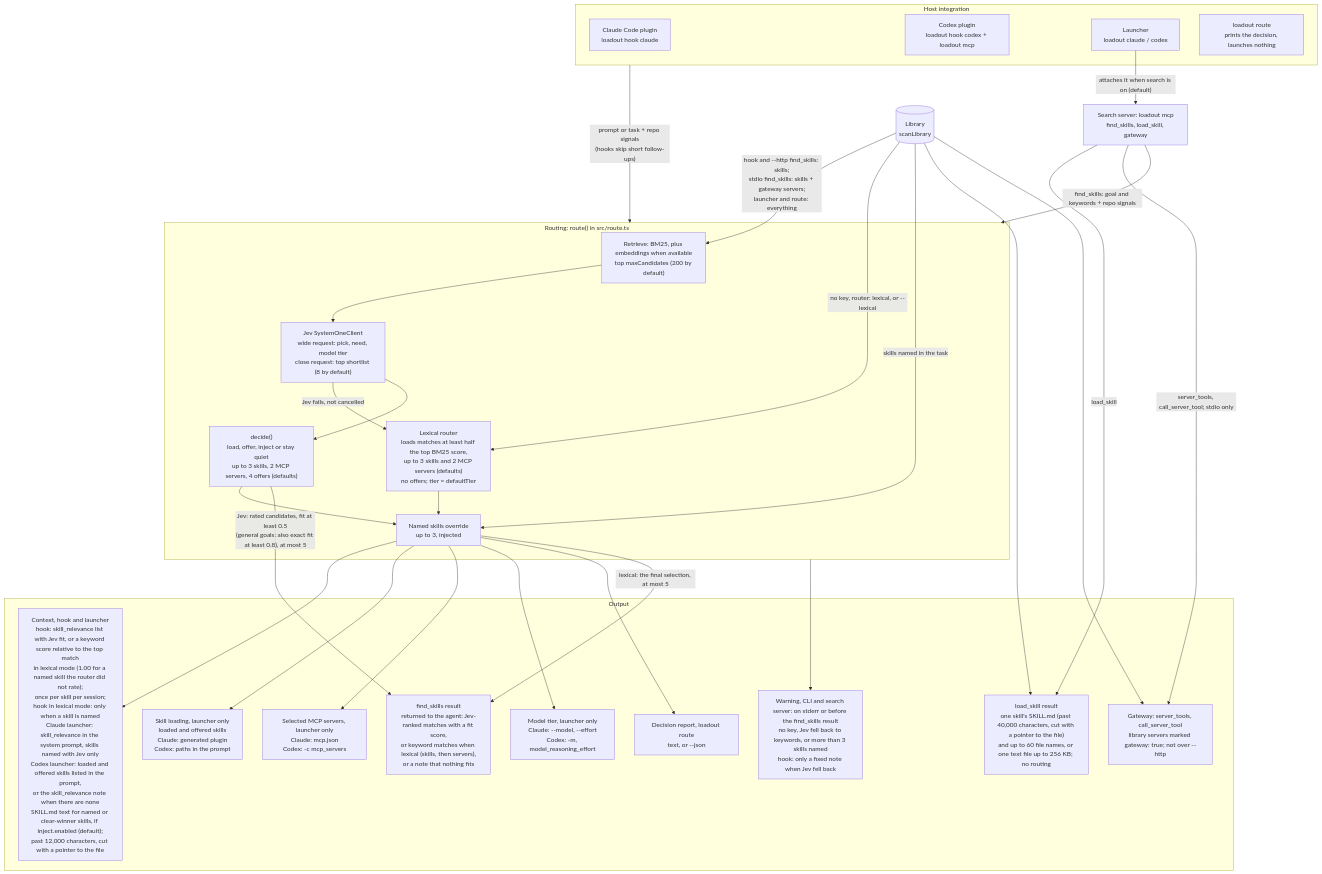
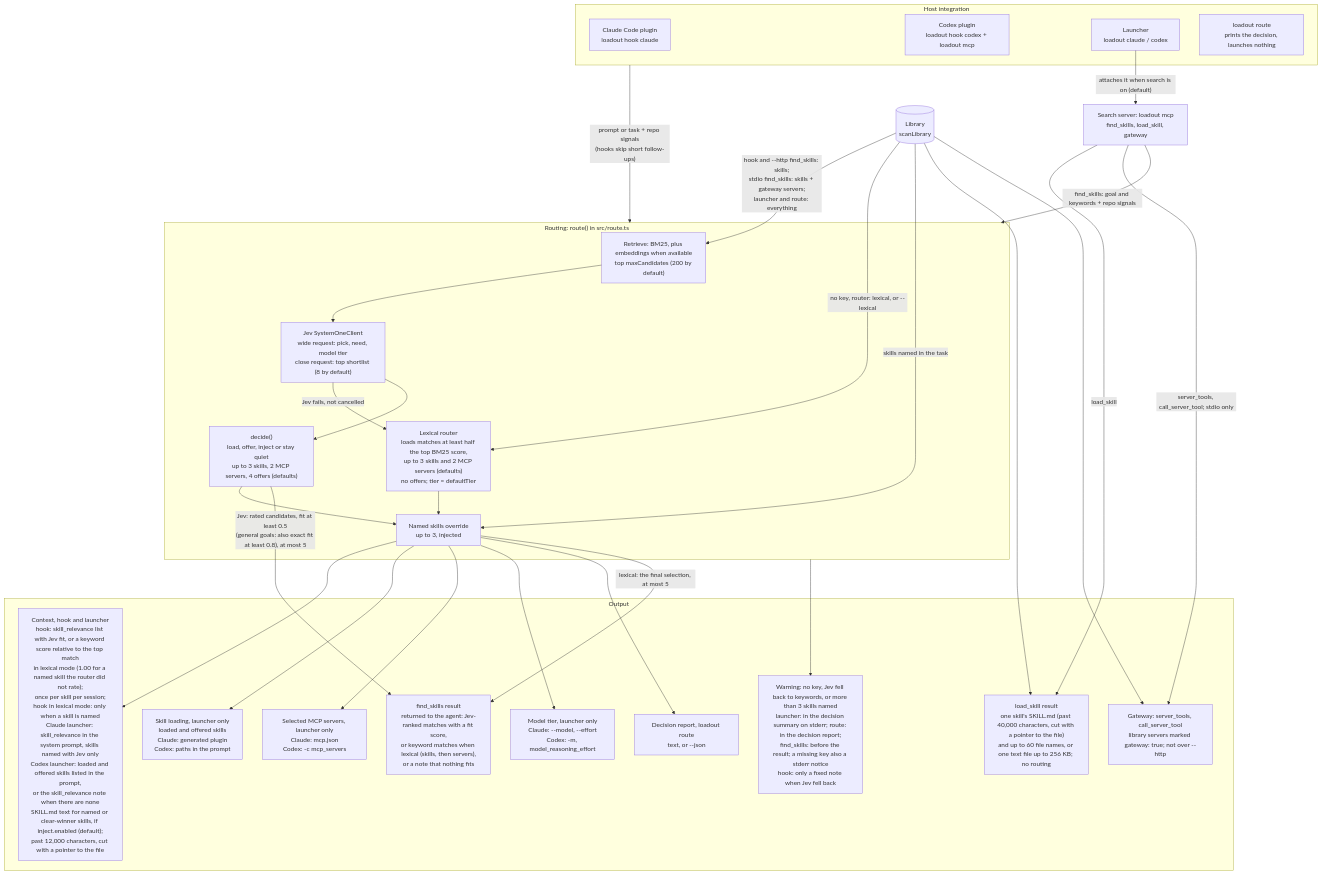
Before and after one commit to erik-hedstrom/loadout: the diagram in DESIGN.md, drawn with Mermaid.

Commit message:
E6: say where each entry point shows routing warnings
Codex round 17: route puts the warning in its decision report on stdout,
the launcher in its stderr summary, find_skills before the result.

Claude-Session: https://claude.ai/code/session_01HuyR49tfEGYja23caRY2JK

````diff
--- a/DESIGN.md
+++ b/DESIGN.md
@@ -29,57 +29,57 @@
 ```mermaid
 flowchart TB
     subgraph host["Host integration"]
         CH["Claude Code plugin<br/>loadout hook claude"]
         XH["Codex plugin<br/>loadout hook codex + loadout mcp"]
         LA["Launcher<br/>loadout claude / codex"]
         RT["loadout route<br/>prints the decision, launches nothing"]
     end
 
     MS["Search server: loadout mcp<br/>find_skills, load_skill, gateway"]
 
     LIB[("Library<br/>scanLibrary")]
 
     subgraph routing["Routing: route() in src/route.ts"]
         RET["Retrieve: BM25, plus embeddings when available<br/>top maxCandidates (200 by default)"]
         JEV["Jev SystemOneClient<br/>wide request: pick, need, model tier<br/>close request: top shortlist (8 by default)"]
         DEC["decide()<br/>load, offer, inject or stay quiet<br/>up to 3 skills, 2 MCP servers, 4 offers (defaults)"]
         LEX["Lexical router<br/>loads matches at least half the top BM25 score,<br/>up to 3 skills and 2 MCP servers (defaults)<br/>no offers; tier = defaultTier"]
         MEN["Named skills override<br/>up to 3, injected"]
         RET --> JEV
         JEV -->|"Jev fails, not cancelled"| LEX
         JEV --> DEC
         DEC --> MEN
         LEX --> MEN
     end
 
     subgraph out["Output"]
         CTX["Context, hook and launcher<br/>hook: skill_relevance list with Jev fit, or a keyword score relative to the top match<br/>in lexical mode (1.00 for a named skill the router did not rate);<br/>once per skill per session;<br/>hook in lexical mode: only when a skill is named<br/>Claude launcher: skill_relevance in the system prompt, skills named with Jev only<br/>Codex launcher: loaded and offered skills listed in the prompt,<br/>or the skill_relevance note when there are none<br/>SKILL.md text for named or clear-winner skills, if inject.enabled (default);<br/>past 12,000 characters, cut with a pointer to the file"]
         SKL["Skill loading, launcher only<br/>loaded and offered skills<br/>Claude: generated plugin<br/>Codex: paths in the prompt"]
         MCPS["Selected MCP servers, launcher only<br/>Claude: mcp.json<br/>Codex: -c mcp_servers"]
         TIER["Model tier, launcher only<br/>Claude: --model, --effort<br/>Codex: -m, model_reasoning_effort"]
         FSR["find_skills result<br/>returned to the agent: Jev-ranked matches with a fit score,<br/>or keyword matches when lexical (skills, then servers),<br/>or a note that nothing fits"]
         LS["load_skill result<br/>one skill's SKILL.md (past 40,000 characters, cut with a pointer to the file)<br/>and up to 60 file names, or one text file up to 256 KB; no routing"]
         GW["Gateway: server_tools, call_server_tool<br/>library servers marked gateway: true; not over --http"]
-        WARN["Warning, CLI and search server: on stderr or before the find_skills result<br/>no key, Jev fell back to keywords, or more than 3 skills named<br/>hook: only a fixed note when Jev fell back"]
+        WARN["Warning: no key, Jev fell back to keywords, or more than 3 skills named<br/>launcher: in the decision summary on stderr; route: in the decision report;<br/>find_skills: before the result; a missing key also a stderr notice<br/>hook: only a fixed note when Jev fell back"]
         DR["Decision report, loadout route<br/>text, or --json"]
     end
 
     host -->|"prompt or task + repo signals<br/>(hooks skip short follow-ups)"| routing
     LA -->|"attaches it when search is on (default)"| MS
     MS -->|"find_skills: goal and keywords + repo signals"| routing
     MS -->|"load_skill"| LS
     MS -->|"server_tools, call_server_tool; stdio only"| GW
     LIB -->|"hook and --http find_skills: skills;<br/>stdio find_skills: skills + gateway servers;<br/>launcher and route: everything"| RET
     LIB -->|"no key, router: lexical, or --lexical"| LEX
     LIB -->|"skills named in the task"| MEN
     LIB --> LS
     LIB --> GW
     MEN --> CTX
     MEN --> SKL
     MEN --> MCPS
     MEN --> TIER
     MEN --> DR
     DEC -->|"Jev: rated candidates, fit at least 0.5<br/>(general goals: also exact fit at least 0.8), at most 5"| FSR
     MEN -->|"lexical: the final selection, at most 5"| FSR
     routing --> WARN
 ```
````
